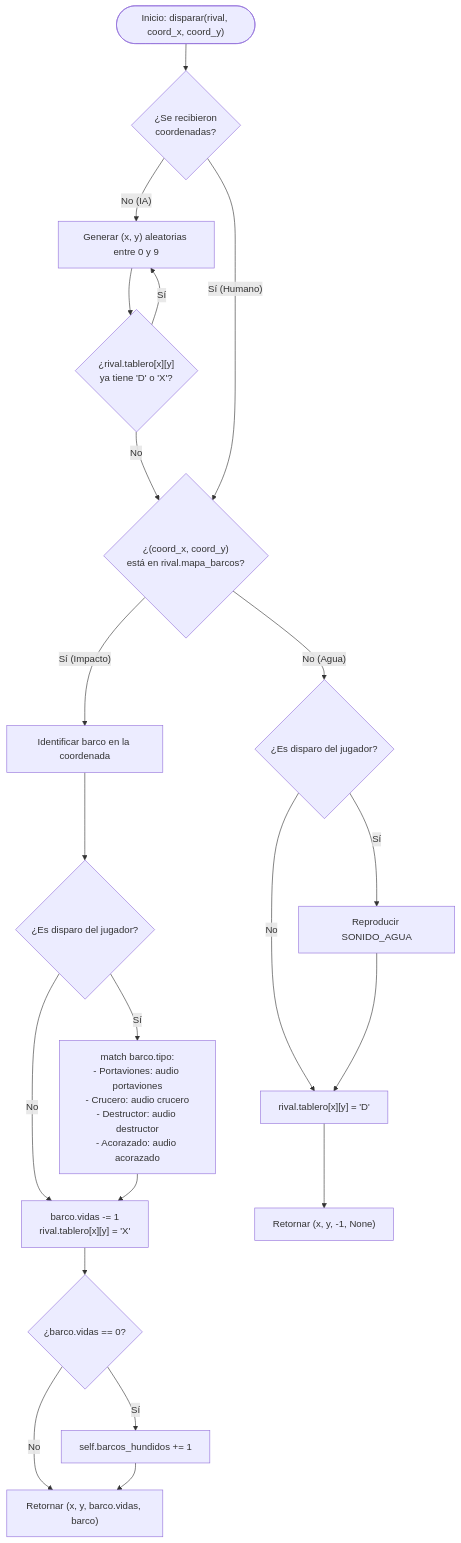
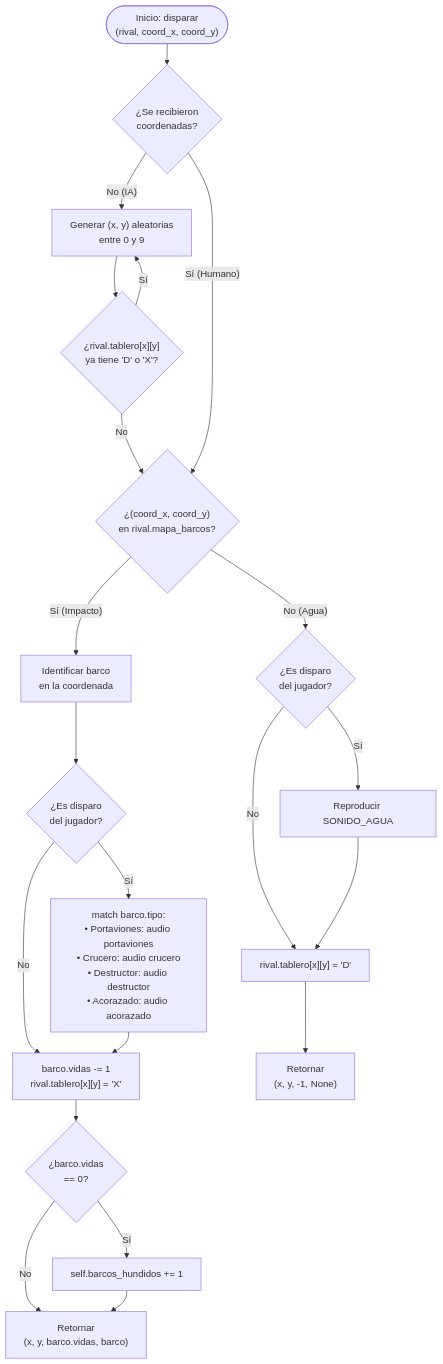
One commit to BorjaBG/HundirLaFlota changed the second of 4 diagrams in README.md. Above: the diagram before and after it, drawn with Mermaid. The commit also changed other lines of this file, not shown here.

Commit message:
Fix textos diagramas README

````diff
--- a/README.md
+++ b/README.md
@@ -253,29 +253,29 @@
 ```mermaid
-%%{init: {'flowchart': {'nodePadding': 25, 'rankSpacing': 45}}}%%
+%%{init: {'flowchart': {'nodePadding': 15, 'rankSpacing': 35}}}%%
 graph TD
-    Start(["Inicio: disparar(rival, coord_x, coord_y)"]) --> HasCoords{"¿Se recibieron<br/>coordenadas?"}
+    Start(["Inicio: disparar<br/>(rival, coord_x, coord_y)"]) --> HasCoords{"¿Se recibieron<br/>coordenadas?"}
 
-    HasCoords -- No (IA) --> GenRandom["Generar (x, y) aleatorias entre 0 y 9"]
+    HasCoords -- No (IA) --> GenRandom["Generar (x, y) aleatorias<br/>entre 0 y 9"]
     GenRandom --> CheckFired{"¿rival.tablero[x][y]<br/>ya tiene 'D' o 'X'?"}
     CheckFired -- Sí --> GenRandom
     CheckFired -- No --> CheckHit
 
-    HasCoords -- Sí (Humano) --> CheckHit{"¿(coord_x, coord_y)<br/>está en rival.mapa_barcos?"}
+    HasCoords -- Sí (Humano) --> CheckHit{"¿(coord_x, coord_y)<br/>en rival.mapa_barcos?"}
 
-    CheckHit -- Sí (Impacto) --> IdentifyShip["Identificar barco en la coordenada"]
-    IdentifyShip --> CheckSound{"¿Es disparo del jugador?"}
-    CheckSound -- Sí --> PlayShipSound["match barco.tipo:<br/>- Portaviones: audio portaviones<br/>- Crucero: audio crucero<br/>- Destructor: audio destructor<br/>- Acorazado: audio acorazado"]
+    CheckHit -- Sí (Impacto) --> IdentifyShip["Identificar barco<br/>en la coordenada"]
+    IdentifyShip --> CheckSound{"¿Es disparo<br/>del jugador?"}
+    CheckSound -- Sí --> PlayShipSound["match barco.tipo:<br/>• Portaviones: audio portaviones<br/>• Crucero: audio crucero<br/>• Destructor: audio destructor<br/>• Acorazado: audio acorazado"]
     CheckSound -- No --> ReduceLife
     PlayShipSound --> ReduceLife["barco.vidas -= 1<br/>rival.tablero[x][y] = 'X'"]
 
-    ReduceLife --> CheckSunk{"¿barco.vidas == 0?"}
+    ReduceLife --> CheckSunk{"¿barco.vidas<br/>== 0?"}
     CheckSunk -- Sí --> IncSunk["self.barcos_hundidos += 1"]
-    CheckSunk -- No --> ReturnHit["Retornar (x, y, barco.vidas, barco)"]
+    CheckSunk -- No --> ReturnHit["Retornar<br/>(x, y, barco.vidas, barco)"]
     IncSunk --> ReturnHit
 
-    CheckHit -- No (Agua) --> PlayWater{"¿Es disparo del jugador?"}
+    CheckHit -- No (Agua) --> PlayWater{"¿Es disparo<br/>del jugador?"}
     PlayWater -- Sí --> SoundAgua["Reproducir SONIDO_AGUA"]
     PlayWater -- No --> MarkWater
     SoundAgua --> MarkWater["rival.tablero[x][y] = 'D'"]
-    MarkWater --> ReturnWater["Retornar (x, y, -1, None)"]
+    MarkWater --> ReturnWater["Retornar<br/>(x, y, -1, None)"]
 ```
````
